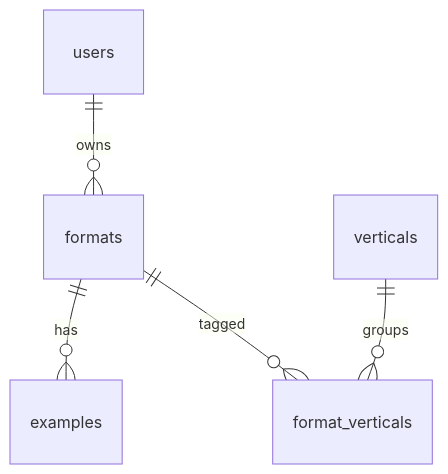
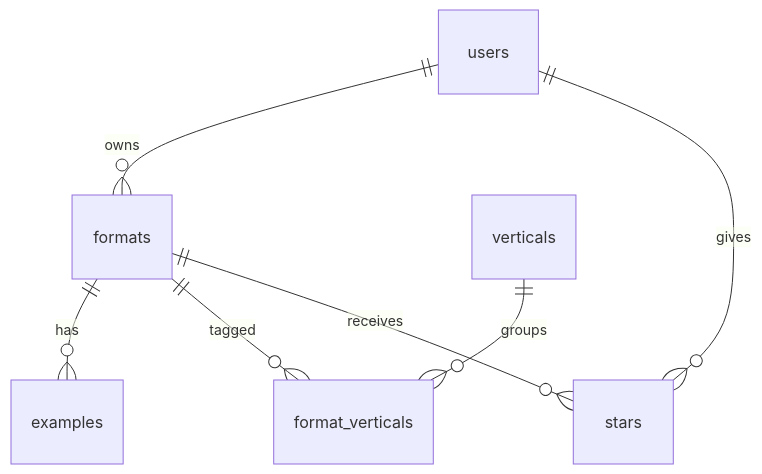
Before and after one commit to hayleyzhuberkeley/viral-radar: the diagram in schema.md, drawn with Mermaid. The commit also changed other lines of this file and 11 other files, not shown here.

````diff
--- a/schema.md
+++ b/schema.md
@@ -5,7 +5,9 @@
 ```mermaid
 erDiagram
     users     ||--o{ formats : owns
     formats   ||--o{ examples : has
     formats   ||--o{ format_verticals : tagged
     verticals ||--o{ format_verticals : groups
+    users     ||--o{ stars : gives
+    formats   ||--o{ stars : receives
 ```
````
